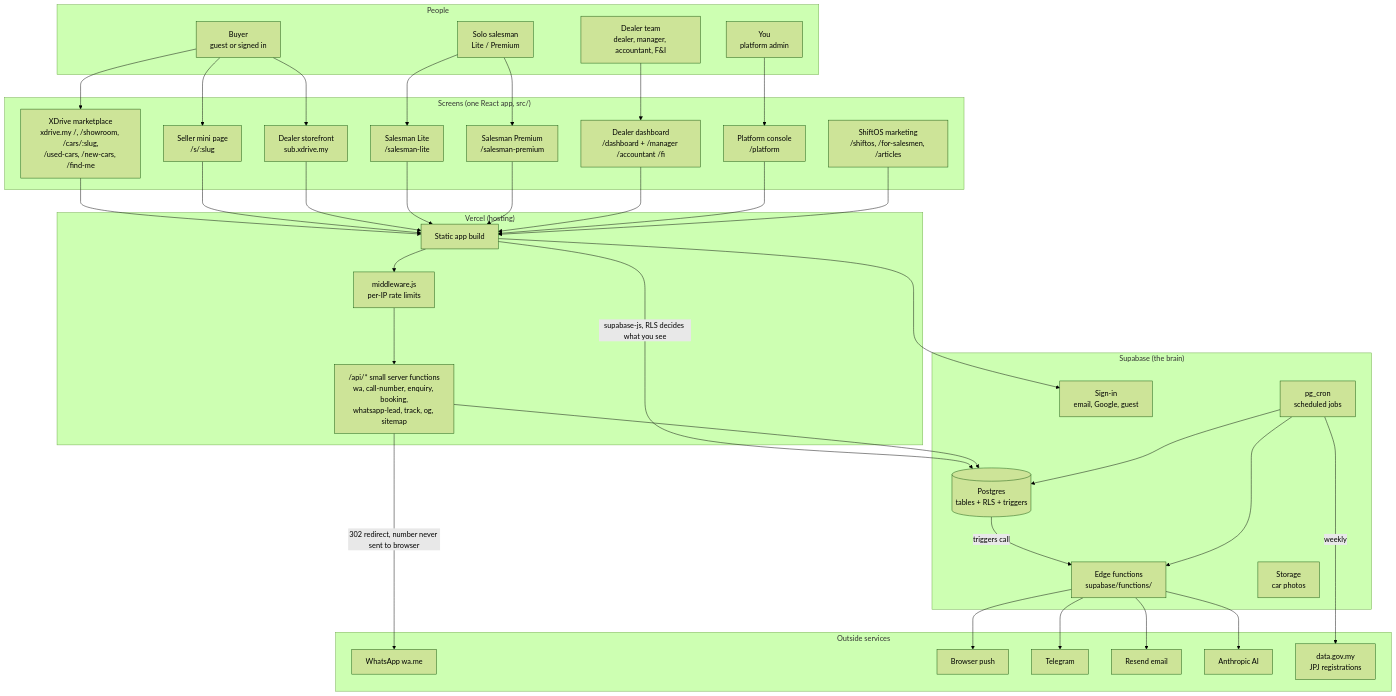
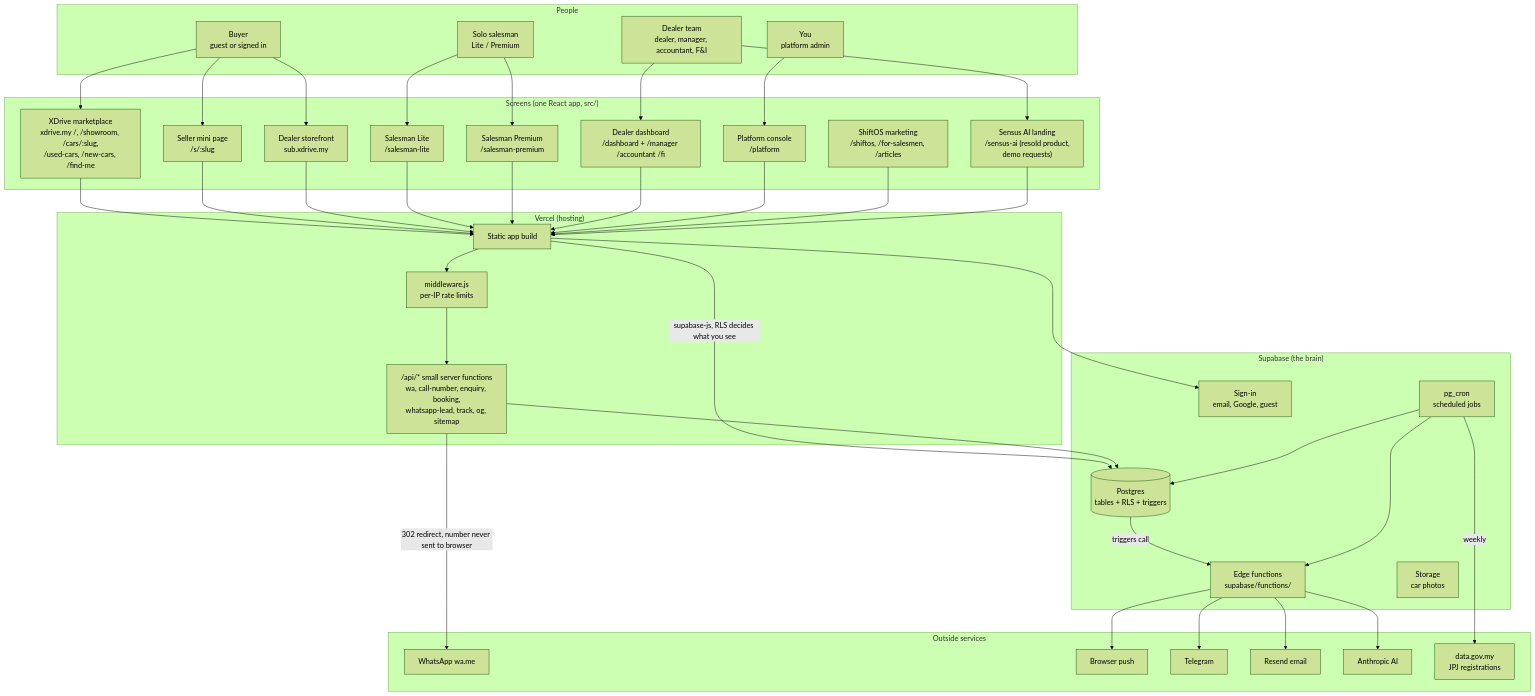
Before and after one commit to auzyvyth/ShiftOS: the first of 6 diagrams in docs/ARCHITECTURE.md, drawn with Mermaid (forest theme). The commit also changed other lines of this file and 9 other files, not shown here.

First line of the commit message:
Sensus AI landing page at /sensus-ai with demo requests (SENSUS-1)

````diff
--- a/docs/ARCHITECTURE.md
+++ b/docs/ARCHITECTURE.md
@@ -14,58 +14,60 @@
 ```mermaid
 flowchart TB
   subgraph People
     B[Buyer<br/>guest or signed in]
     SL[Solo salesman<br/>Lite / Premium]
     DT[Dealer team<br/>dealer, manager, accountant, F&I]
     OP[You<br/>platform admin]
   end
 
   subgraph Screens["Screens (one React app, src/)"]
     MK["XDrive marketplace<br/>xdrive.my /, /showroom, /cars/:slug,<br/>/used-cars, /new-cars, /find-me"]
     MP["Seller mini page<br/>/s/:slug"]
     SF["Dealer storefront<br/>sub.xdrive.my"]
     LITE["Salesman Lite<br/>/salesman-lite"]
     PREM["Salesman Premium<br/>/salesman-premium"]
     DASH["Dealer dashboard<br/>/dashboard + /manager /accountant /fi"]
     PLAT["Platform console<br/>/platform"]
     MKT["ShiftOS marketing<br/>/shiftos, /for-salesmen, /articles"]
+    SX["Sensus AI landing<br/>/sensus-ai (resold product,<br/>demo requests)"]
   end
 
   subgraph Vercel["Vercel (hosting)"]
     SPA[Static app build]
     API["/api/* small server functions<br/>wa, call-number, enquiry, booking,<br/>whatsapp-lead, track, og, sitemap"]
     MW[middleware.js<br/>per-IP rate limits]
   end
 
   subgraph Supabase["Supabase (the brain)"]
     AUTH[Sign-in<br/>email, Google, guest]
     DB[(Postgres<br/>tables + RLS + triggers)]
     EF[Edge functions<br/>supabase/functions/]
     CRON[pg_cron<br/>scheduled jobs]
     ST[Storage<br/>car photos]
   end
 
   subgraph Outside["Outside services"]
     WA[WhatsApp wa.me]
     PUSH[Browser push]
     TG[Telegram]
     MAIL[Resend email]
     AI[Anthropic AI]
     GOV[data.gov.my<br/>JPJ registrations]
   end
 
   B --> MK & MP & SF
+  DT --> SX
   SL --> LITE & PREM
   DT --> DASH
   OP --> PLAT
-  MK & MP & SF & LITE & PREM & DASH & PLAT & MKT --> SPA
+  MK & MP & SF & LITE & PREM & DASH & PLAT & MKT & SX --> SPA
   SPA --> MW --> API
   SPA -->|supabase-js, RLS decides what you see| DB
   SPA --> AUTH
   API --> DB
   API -->|302 redirect, number never sent to browser| WA
   DB -->|triggers call| EF
   CRON --> EF & DB
   EF --> PUSH & TG & MAIL & AI
   CRON -->|weekly| GOV
 ```
````
